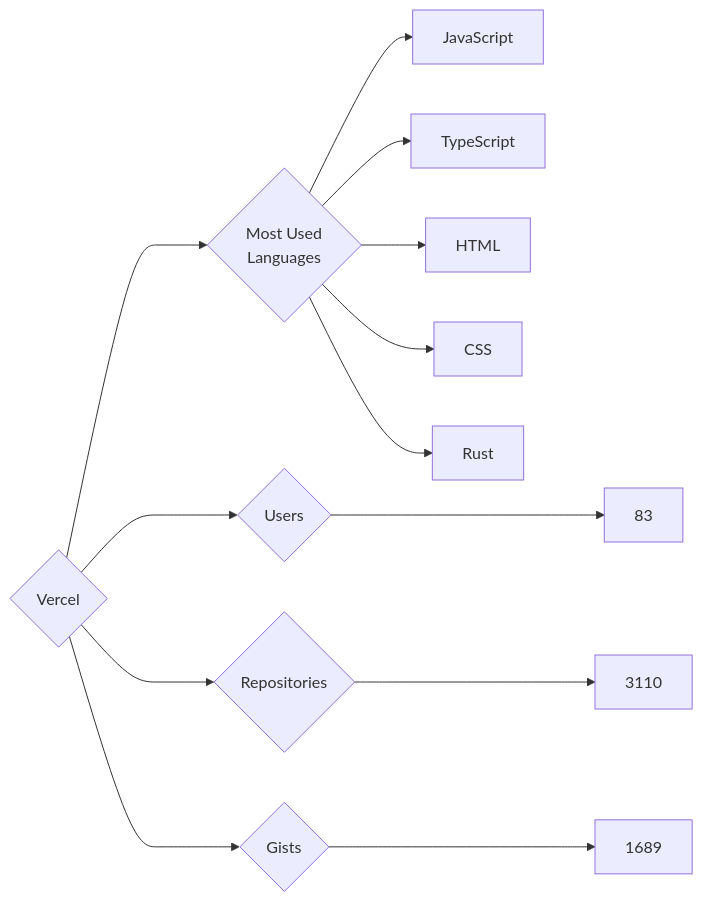
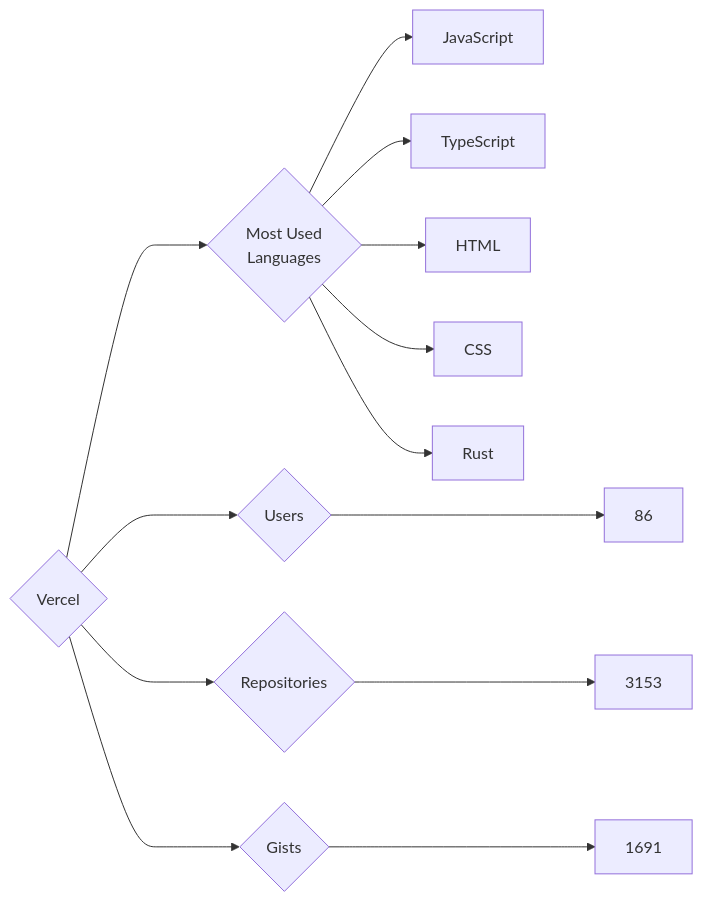
The diagram in targets/Vercel/README.md (trickest/insiders), drawn with Mermaid before and after one commit. The commit also changed 1484 other files, not shown here.

````diff
--- a/targets/Vercel/README.md
+++ b/targets/Vercel/README.md
@@ -3,13 +3,13 @@
 ```mermaid
 graph LR
 COMPANY_NAME{Vercel}
-COMPANY_NAME ---> U{Users} ---> UN[83]
-COMPANY_NAME ---> R{Repositories} ---> RN[3110]
-COMPANY_NAME ---> G{Gists} ---> GN[1689]
+COMPANY_NAME ---> U{Users} ---> UN[86]
+COMPANY_NAME ---> R{Repositories} ---> RN[3153]
+COMPANY_NAME ---> G{Gists} ---> GN[1691]
 COMPANY_NAME ---> ML{Most Used<br>Languages}
 ML --> JavaScript[JavaScript]
 ML --> TypeScript[TypeScript]
 ML --> HTML[HTML]
 ML --> CSS[CSS]
 ML --> Rust[Rust]
 ```
````
